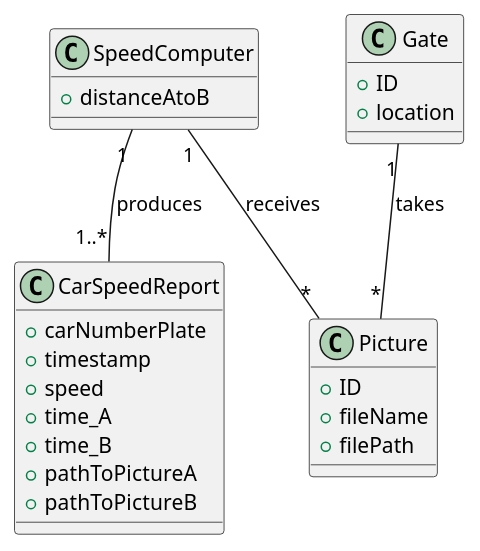
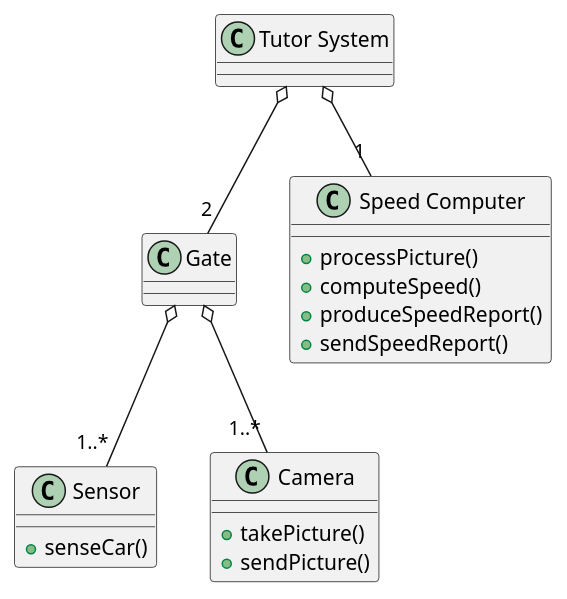
The fourth of 4 diagrams in ex6_speed_tutor/requirements.md (franco-ruggeri/SoftEng), drawn with PlantUML before and after one commit. The commit also changed other lines of this file and 2 other files, not shown here.

Commit message:
add system design ex6

````diff
--- a/ex6_speed_tutor/requirements.md
+++ b/ex6_speed_tutor/requirements.md
@@ -74,32 +178,20 @@
 ```plantuml
-class SpeedComputer {
-  +distanceAtoB
-}
+class "Tutor System"
+class Gate
+class Sensor
+class Camera
+class "Speed Computer"
 
-class CarSpeedReport {
- +carNumberPlate
- +timestamp
- +speed
- +time_A
- +time_B
- +pathToPictureA
- +pathToPictureB
-}
+Sensor : +senseCar()
+Camera : +takePicture()
+Camera : +sendPicture()
+"Speed Computer" : +processPicture()
+"Speed Computer" : +computeSpeed()
+"Speed Computer" : +produceSpeedReport()
+"Speed Computer" : +sendSpeedReport()
 
-class Picture {
- +ID
- +fileName
- +filePath
-}
-
-class Gate {
-  +ID
-  +location
-}
-
-SpeedComputer "1" -- "1..*" CarSpeedReport : produces
-SpeedComputer "1" -- "*" Picture : receives
-
-
-"Gate" "1" -- "*" Picture : takes
+"Tutor System" o-- "2" Gate
+"Tutor System" o-- "1" "Speed Computer"
+Gate o-- "1..*" Camera
+Gate o-- "1..*" Sensor
 ```
````
